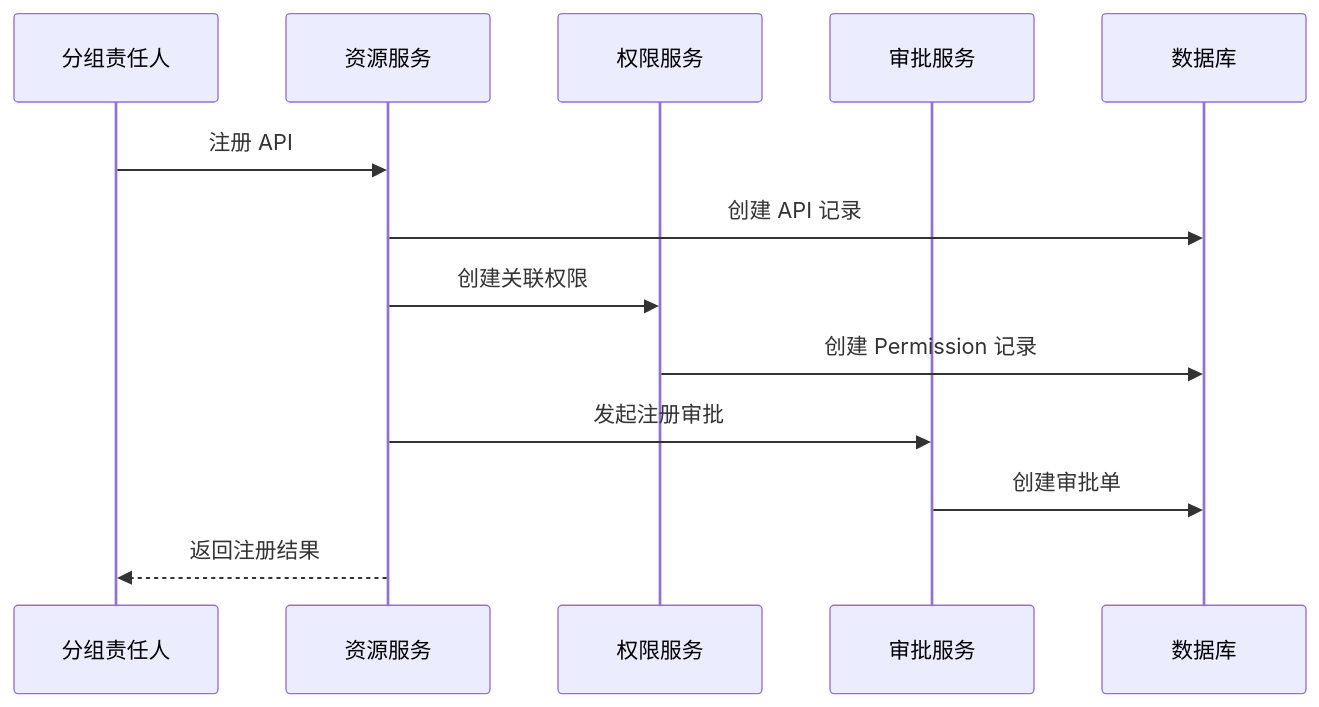
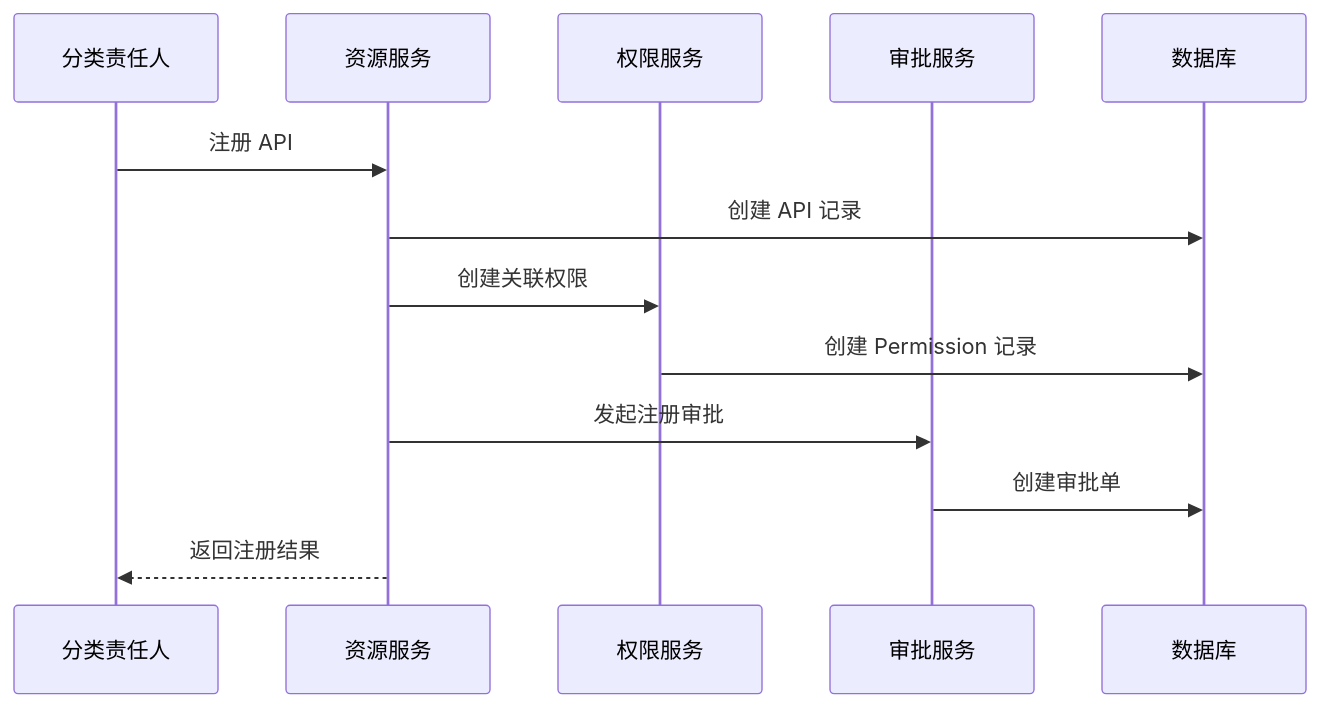
Before and after one commit to THZSummer/open-app: the second of 2 diagrams in .sddu/specs-tree-root/specs-tree-capability-open-platform/ADR-003.md, drawn with Mermaid. The commit also changed other lines of this file and 1 other file, not shown here.

````diff
--- a/.sddu/specs-tree-root/specs-tree-capability-open-platform/ADR-003.md
+++ b/.sddu/specs-tree-root/specs-tree-capability-open-platform/ADR-003.md
@@ -220,16 +237,16 @@
 ```mermaid
 sequenceDiagram
-    participant User as 分组责任人
+    participant User as 分类责任人
     participant ResourceSvc as 资源服务
     participant PermissionSvc as 权限服务
     participant ApprovalSvc as 审批服务
     participant DB as 数据库
     
     User->>ResourceSvc: 注册 API
     ResourceSvc->>DB: 创建 API 记录
     ResourceSvc->>PermissionSvc: 创建关联权限
     PermissionSvc->>DB: 创建 Permission 记录
     ResourceSvc->>ApprovalSvc: 发起注册审批
     ApprovalSvc->>DB: 创建审批单
     ResourceSvc-->>User: 返回注册结果
 ```
````
